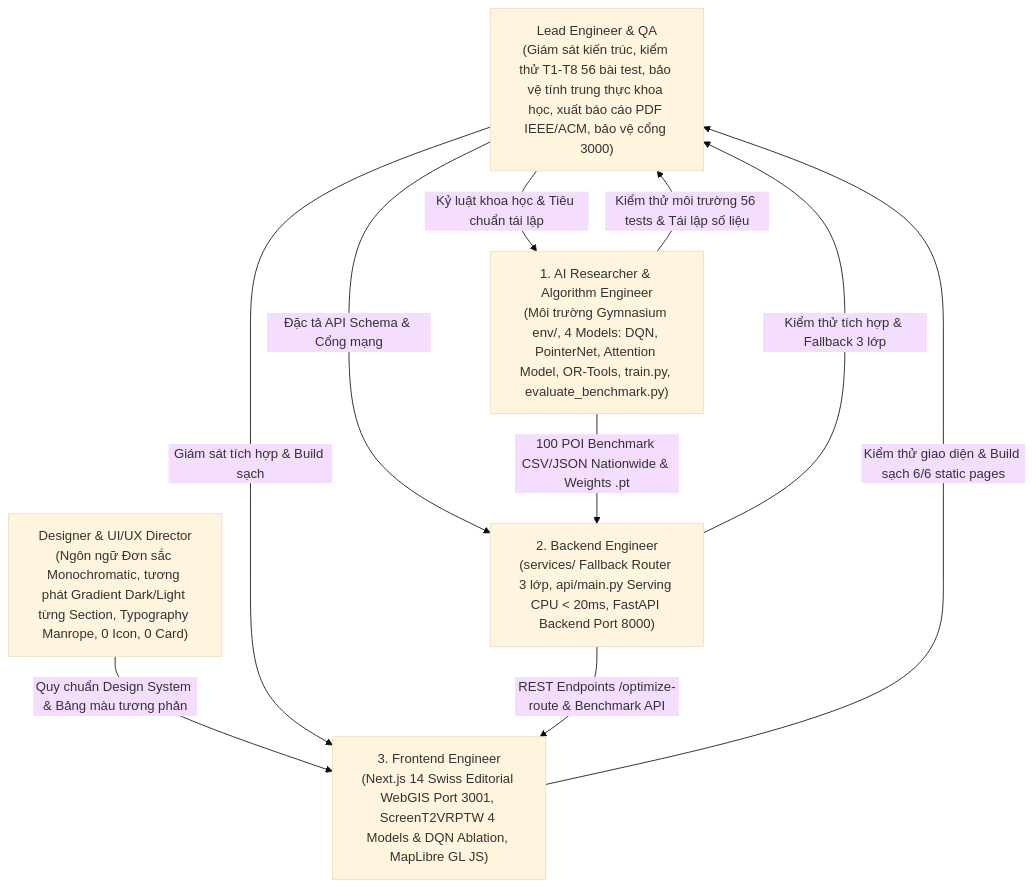
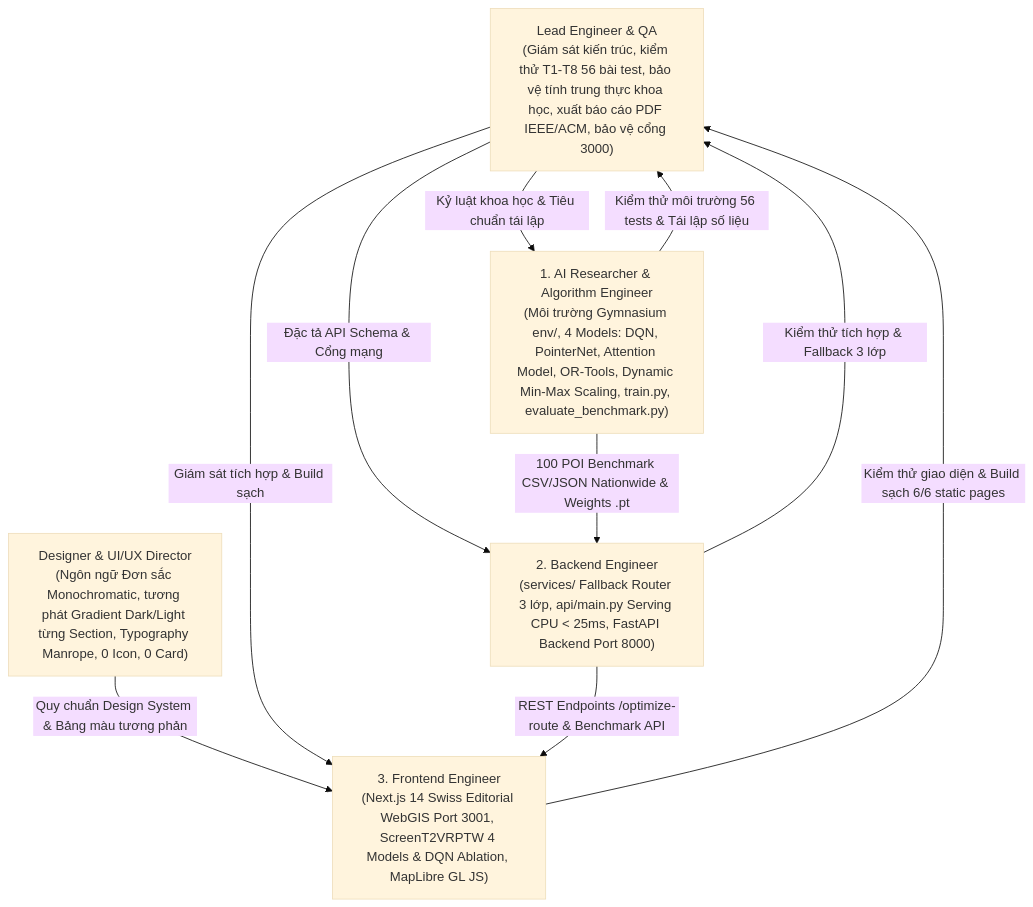
The diagram in AGENTS.md (philipsgn/HotWAY), drawn with Mermaid (base theme) before and after one commit. The commit also changed other lines of this file and 4 other files, not shown here.

Commit message:
docs(sync-v7.3.1): document zero-hardcode policy, dynamic min-max scaling, 128d/3L architecture, and updated empirical metrics in core docs

````diff
--- a/AGENTS.md
+++ b/AGENTS.md
@@ -14,25 +14,25 @@
 ```mermaid
 flowchart TD
     Lead["Lead Engineer & QA
 (Giám sát kiến trúc, kiểm thử T1-T8 56 bài test, bảo vệ tính trung thực khoa học, xuất báo cáo PDF IEEE/ACM, bảo vệ cổng 3000)"]
     Designer["Designer & UI/UX Director
 (Ngôn ngữ Đơn sắc Monochromatic, tương phát Gradient Dark/Light từng Section, Typography Manrope, 0 Icon, 0 Card)"]
     Algo["1. AI Researcher & Algorithm Engineer
-(Môi trường Gymnasium env/, 4 Models: DQN, PointerNet, Attention Model, OR-Tools, train.py, evaluate_benchmark.py)"]
+(Môi trường Gymnasium env/, 4 Models: DQN, PointerNet, Attention Model, OR-Tools, Dynamic Min-Max Scaling, train.py, evaluate_benchmark.py)"]
     BE["2. Backend Engineer
-(services/ Fallback Router 3 lớp, api/main.py Serving CPU < 20ms, FastAPI Backend Port 8000)"]
+(services/ Fallback Router 3 lớp, api/main.py Serving CPU < 25ms, FastAPI Backend Port 8000)"]
     FE["3. Frontend Engineer
 (Next.js 14 Swiss Editorial WebGIS Port 3001, ScreenT2VRPTW 4 Models & DQN Ablation, MapLibre GL JS)"]
 
     Lead -->|Kỷ luật khoa học & Tiêu chuẩn tái lập| Algo
     Lead -->|Đặc tả API Schema & Cổng mạng| BE
     Designer -->|Quy chuẩn Design System & Bảng màu tương phản| FE
     Lead -->|Giám sát tích hợp & Build sạch| FE
 
     Algo -->|100 POI Benchmark CSV/JSON Nationwide & Weights .pt| BE
     BE -->|REST Endpoints /optimize-route & Benchmark API| FE
 
     Algo -->|Kiểm thử môi trường 56 tests & Tái lập số liệu| Lead
     BE -->|Kiểm thử tích hợp & Fallback 3 lớp| Lead
     FE -->|Kiểm thử giao diện & Build sạch 6/6 static pages| Lead
 ```
````
